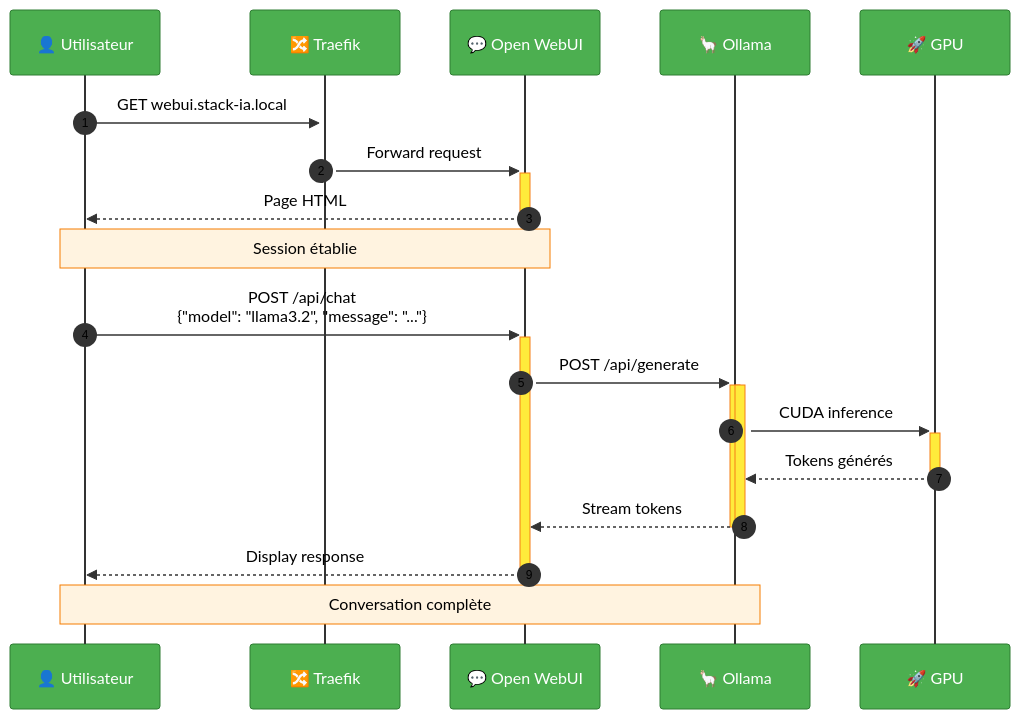
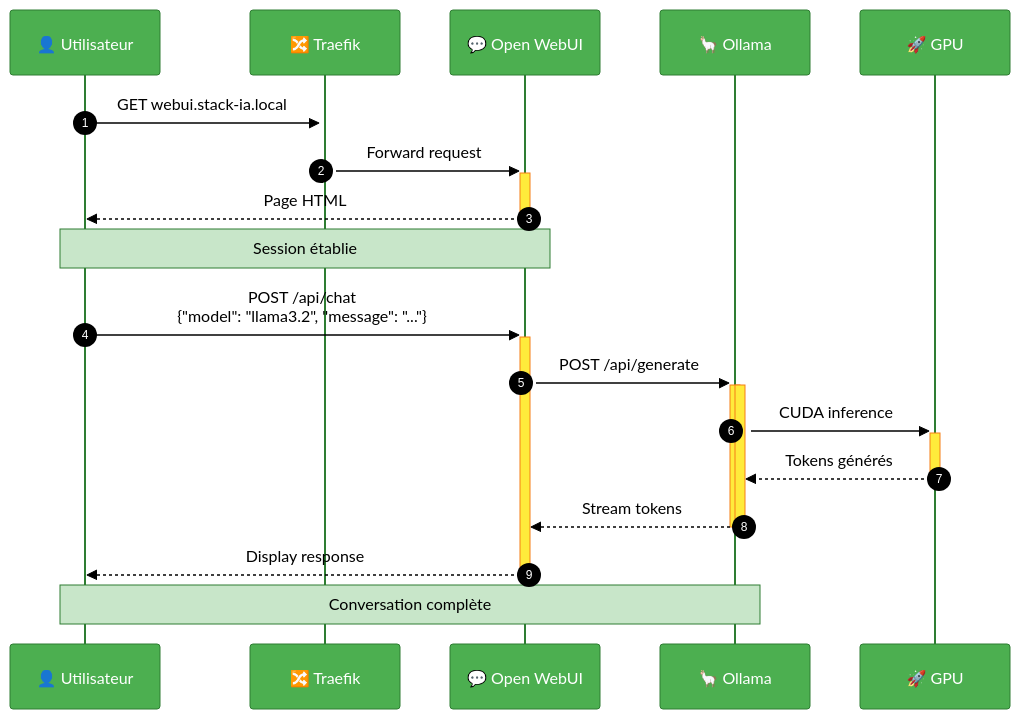
One commit to MPFabio/Stack-IA changed the seventh of 14 diagrams in docs/ARCHITECTURE.md. Above: the diagram before and after it, drawn with Mermaid. The commit also changed other lines of this file, not shown here.

````diff
--- a/docs/ARCHITECTURE.md
+++ b/docs/ARCHITECTURE.md
@@ -471,27 +471,27 @@
 ```mermaid
-%%{init: {'theme':'base', 'themeVariables': {'background':'#ffffff','mainBkg':'#ffffff','actorBkg':'#4CAF50','actorBorder':'#2e7d32','actorTextColor':'#fff','actorLineColor':'#333','noteBkgColor':'#fff3e0','noteTextColor':'#000','noteBorderColor':'#f57c00','signalColor':'#333','signalTextColor':'#000','labelBoxBkgColor':'#e3f2fd','labelTextColor':'#000','loopTextColor':'#000','activationBkgColor':'#ffeb3b','activationBorderColor':'#f57f17','sequenceNumberColor':'#000'}}}%%
+%%{init: {'theme':'base', 'themeVariables': {'background':'#e8f5e9','mainBkg':'#e8f5e9','actorBkg':'#4CAF50','actorBorder':'#2e7d32','actorTextColor':'#fff','actorLineColor':'#2e7d32','noteBkgColor':'#c8e6c9','noteTextColor':'#000','noteBorderColor':'#2e7d32','signalColor':'#000','signalTextColor':'#000','labelBoxBkgColor':'#c8e6c9','labelTextColor':'#000','loopTextColor':'#000','activationBkgColor':'#ffeb3b','activationBorderColor':'#f57f17','sequenceNumberColor':'#fff'}}}%%
 sequenceDiagram
     autonumber
     participant U as 👤 Utilisateur
     participant T as 🔀 Traefik
     participant W as 💬 Open WebUI
     participant O as 🦙 Ollama
     participant G as 🚀 GPU
     
     U->>+T: GET webui.stack-ia.local
     T->>+W: Forward request
     W-->>-U: Page HTML
     
     Note over U,W: Session établie
     
     U->>+W: POST /api/chat<br/>{"model": "llama3.2", "message": "..."}
     W->>+O: POST /api/generate
     activate O
     O->>+G: CUDA inference
     G-->>-O: Tokens générés
     O-->>-W: Stream tokens
     deactivate O
     W-->>-U: Display response
     
     Note over U,O: Conversation complète
 ```
````
